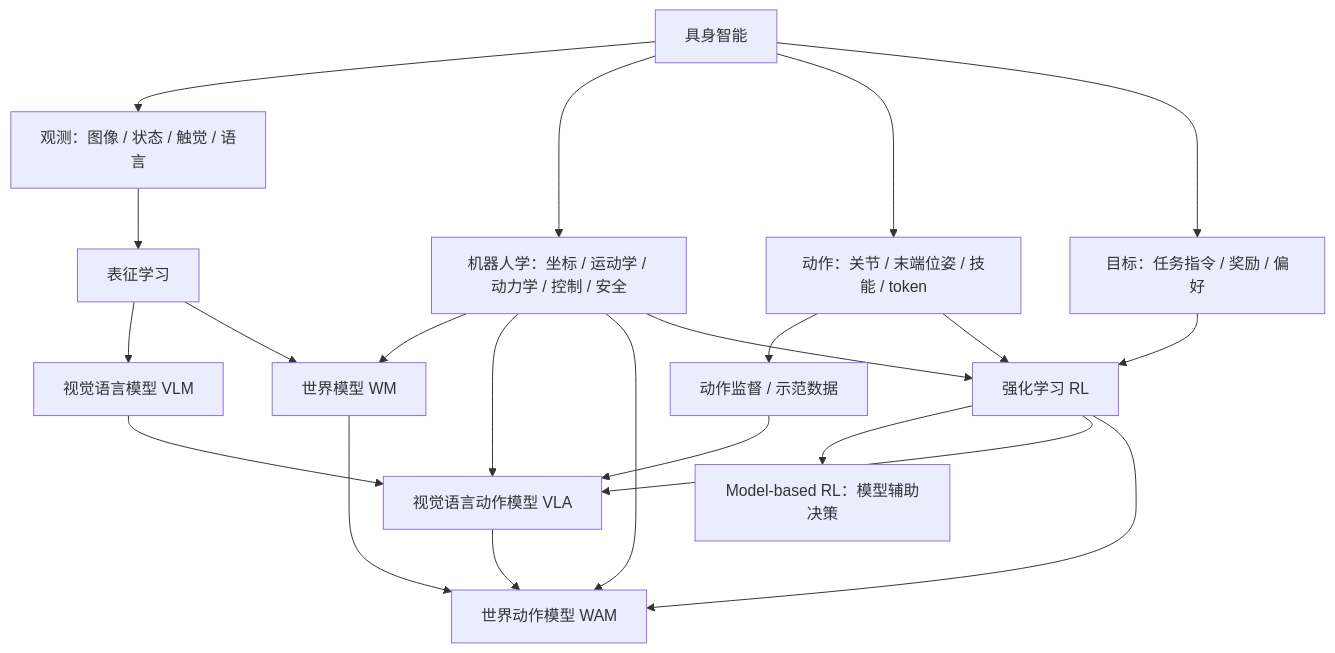
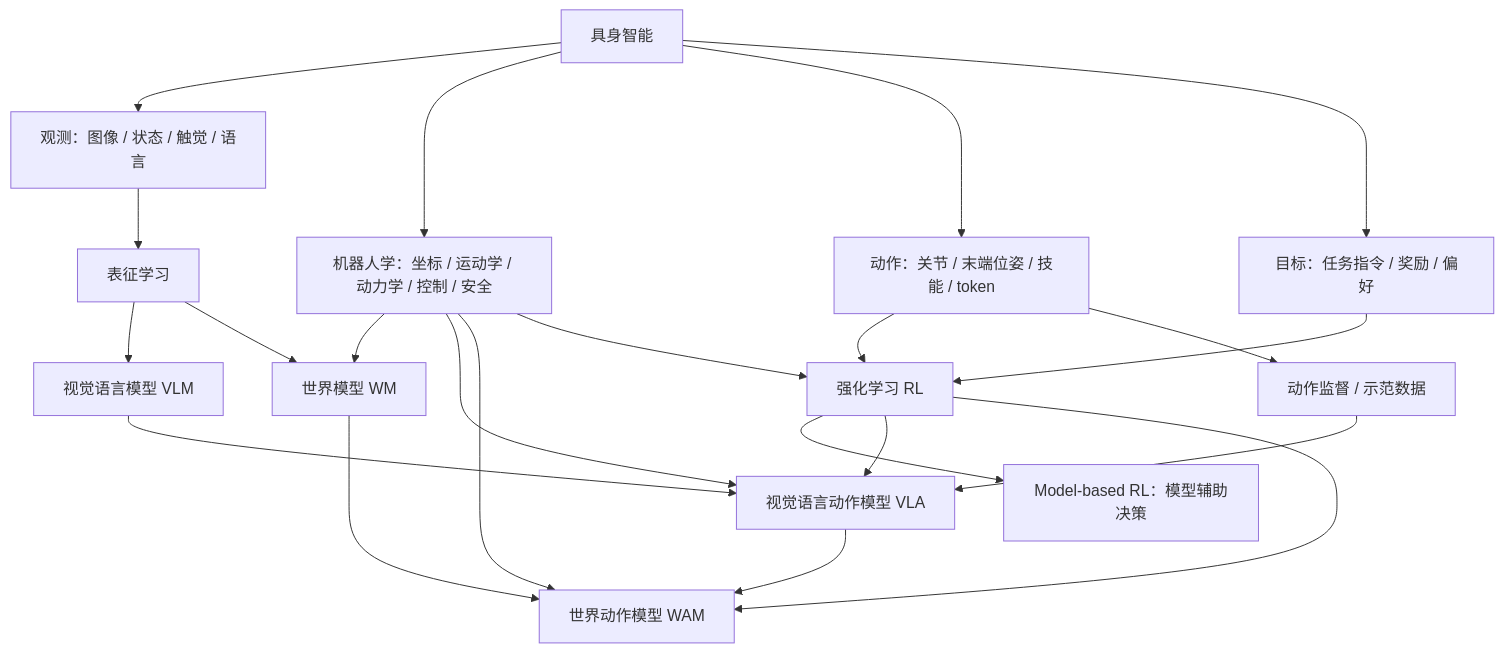
One commit to Faraday-2024/Embodied-AI-Start changed the second of 8 diagrams in docs/knowledge-map.md. Above: the diagram before and after it, drawn with Mermaid.

````diff
--- a/docs/knowledge-map.md
+++ b/docs/knowledge-map.md
@@ -27,14 +27,14 @@
 ```mermaid
 flowchart TD
     ROOT["具身智能"] --> OBS["观测：图像 / 状态 / 触觉 / 语言"] & ROB["机器人学：坐标 / 运动学 / 动力学 / 控制 / 安全"] & ACT["动作：关节 / 末端位姿 / 技能 / token"] & OBJ["目标：任务指令 / 奖励 / 偏好"]
     OBS --> REP["表征学习"]
     REP --> VLM["视觉语言模型 VLM"] & WM["世界模型 WM"]
     VLM --> VLA["视觉语言动作模型 VLA"]
     WM --> WAM["世界动作模型 WAM"]
     VLA --> WAM
-    ACT --> SUP["动作监督 / 示范数据"] & RL["强化学习 RL"]
+    ACT --> RL["强化学习 RL"] & SUP["动作监督 / 示范数据"]
     OBJ --> RL
     RL --> MBRL["Model-based RL：模型辅助决策"] & VLA & WAM
     SUP --> VLA
     ROB --> WM & VLA & WAM & RL
 ```
````
